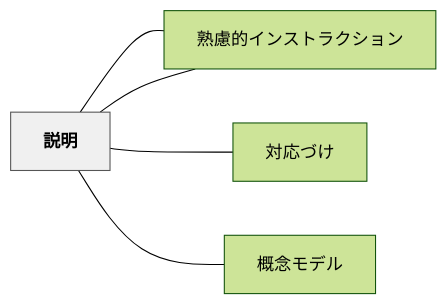
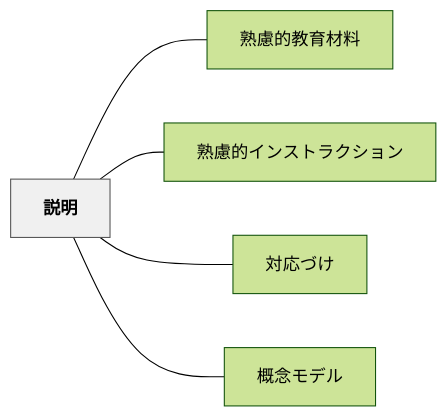
Before and after one commit to unknownthings-ed-patterns/unknownthings-ed-patterns: the diagram in content/パタン/説明.md, drawn with Mermaid (forest theme). The commit also changed 527 other files, not shown here.

````diff
--- a/content/パタン/説明.md
+++ b/content/パタン/説明.md
@@ -45,16 +45,16 @@
 ```mermaid
 flowchart LR
     ne8aaace6988e["説明"]
-    ne7869fe685ae["熟慮的教育材料"]
-    ne7869fe685ae["熟慮的インストラクション"]
-    ne5afbee5bf9c["対応づけ"]
-    ne6a682e5bfb5["概念モデル"]
+    ne7869fe685aee79a84e69599e882b2e69d90e69699["熟慮的教育材料"]
+    ne7869fe685aee79a84e382a4e383b3e382b9e38388e383a9e382afe382b7e383a7e383b3["熟慮的インストラクション"]
+    ne5afbee5bf9ce381a5e38191["対応づけ"]
+    ne6a682e5bfb5e383a2e38387e383ab["概念モデル"]
 
-    ne8aaace6988e --- ne7869fe685ae
-    ne8aaace6988e --- ne7869fe685ae
-    ne8aaace6988e --- ne5afbee5bf9c
-    ne8aaace6988e --- ne6a682e5bfb5
+    ne8aaace6988e --- ne7869fe685aee79a84e69599e882b2e69d90e69699
+    ne8aaace6988e --- ne7869fe685aee79a84e382a4e383b3e382b9e38388e383a9e382afe382b7e383a7e383b3
+    ne8aaace6988e --- ne5afbee5bf9ce381a5e38191
+    ne8aaace6988e --- ne6a682e5bfb5e383a2e38387e383ab
 
     classDef hub fill:#f0f0f0,stroke:#555,color:#000,font-weight:bold
     class ne8aaace6988e hub
 ```
````
